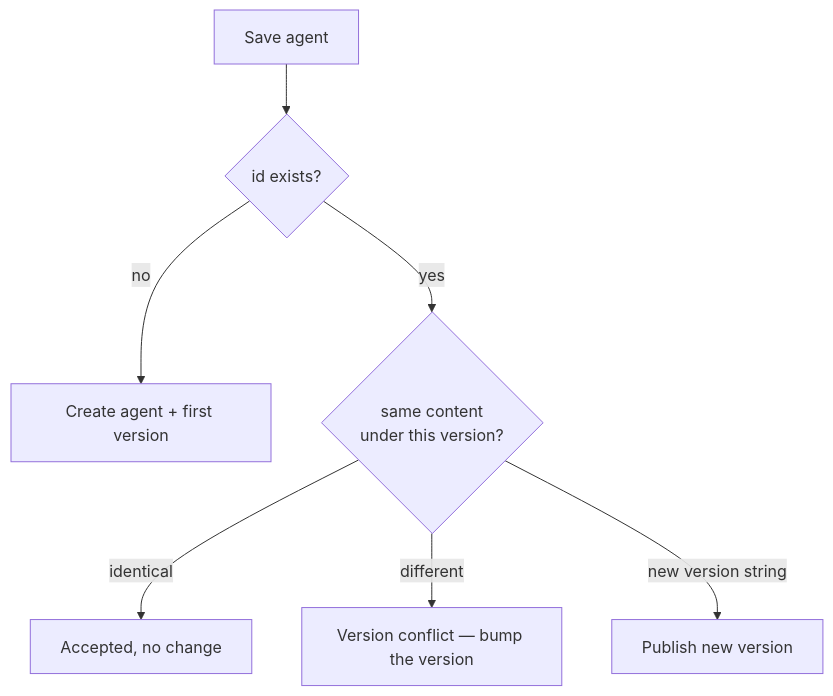
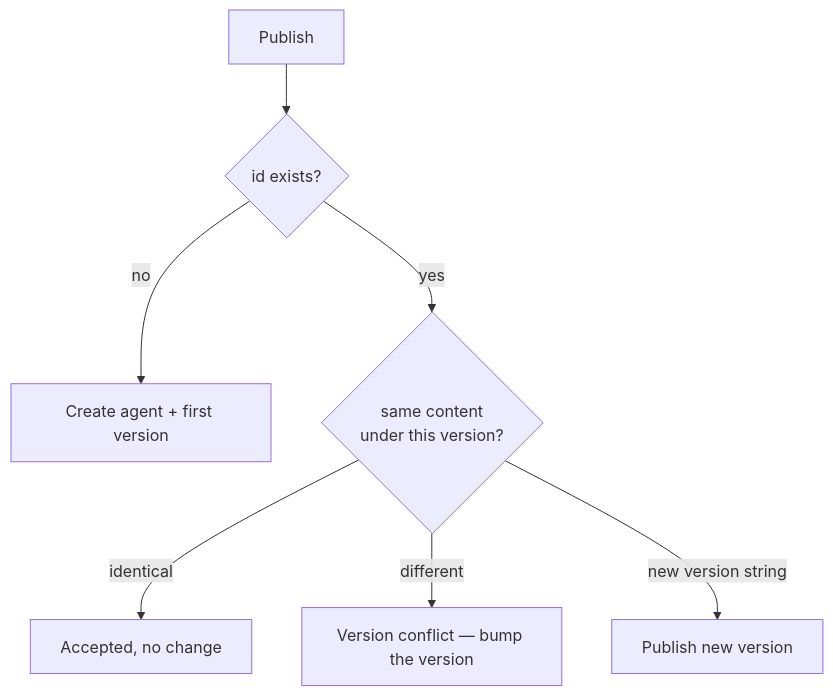
The diagram in docs/user-docs/content/building/saving-agents.md (al2m4n/TheYgent), drawn with Mermaid before and after one commit. The commit also changed other lines of this file and 38 other files, not shown here.

````diff
--- a/docs/user-docs/content/building/saving-agents.md
+++ b/docs/user-docs/content/building/saving-agents.md
@@ -41,9 +66,9 @@
 ```mermaid
 graph TD
-  Save["Save agent"] --> New{"id exists?"}
+  Pub["Publish"] --> New{"id exists?"}
   New -->|no| Create["Create agent + first version"]
   New -->|yes| Ver{"same content<br/>under this version?"}
   Ver -->|identical| NoOp["Accepted, no change"]
   Ver -->|different| Conflict["Version conflict — bump the version"]
   Ver -->|new version string| AddVer["Publish new version"]
 ```
````
